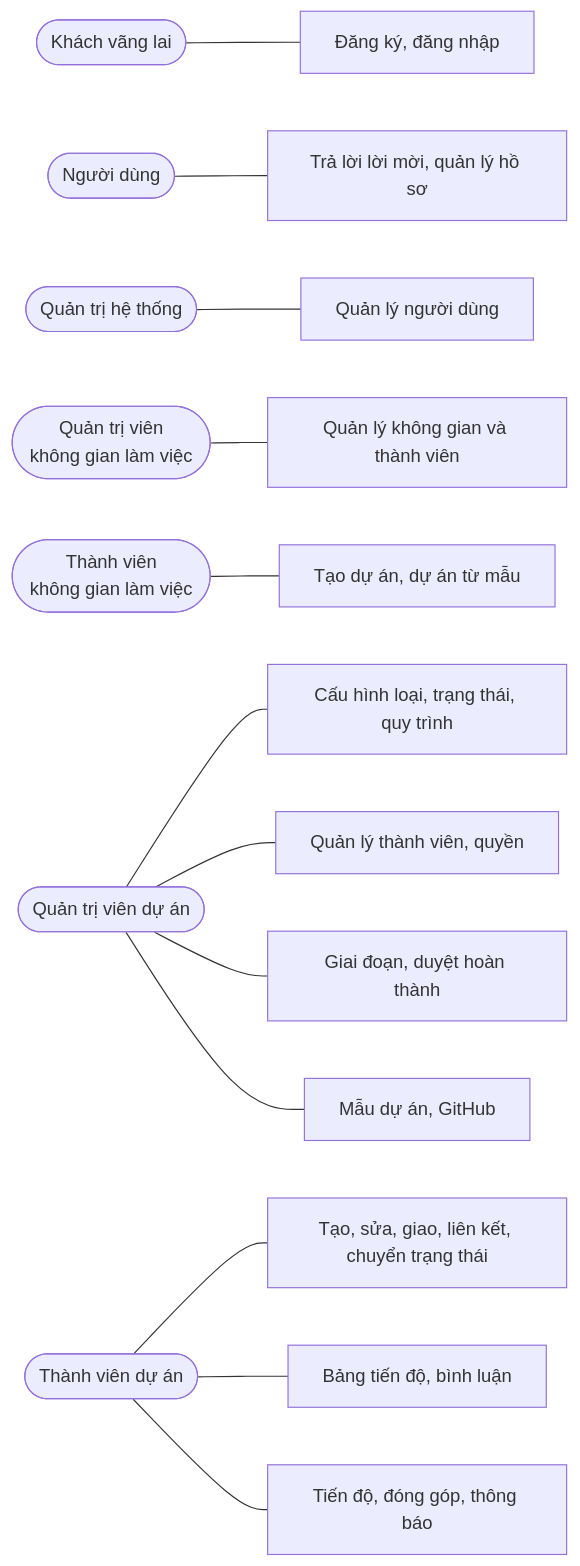
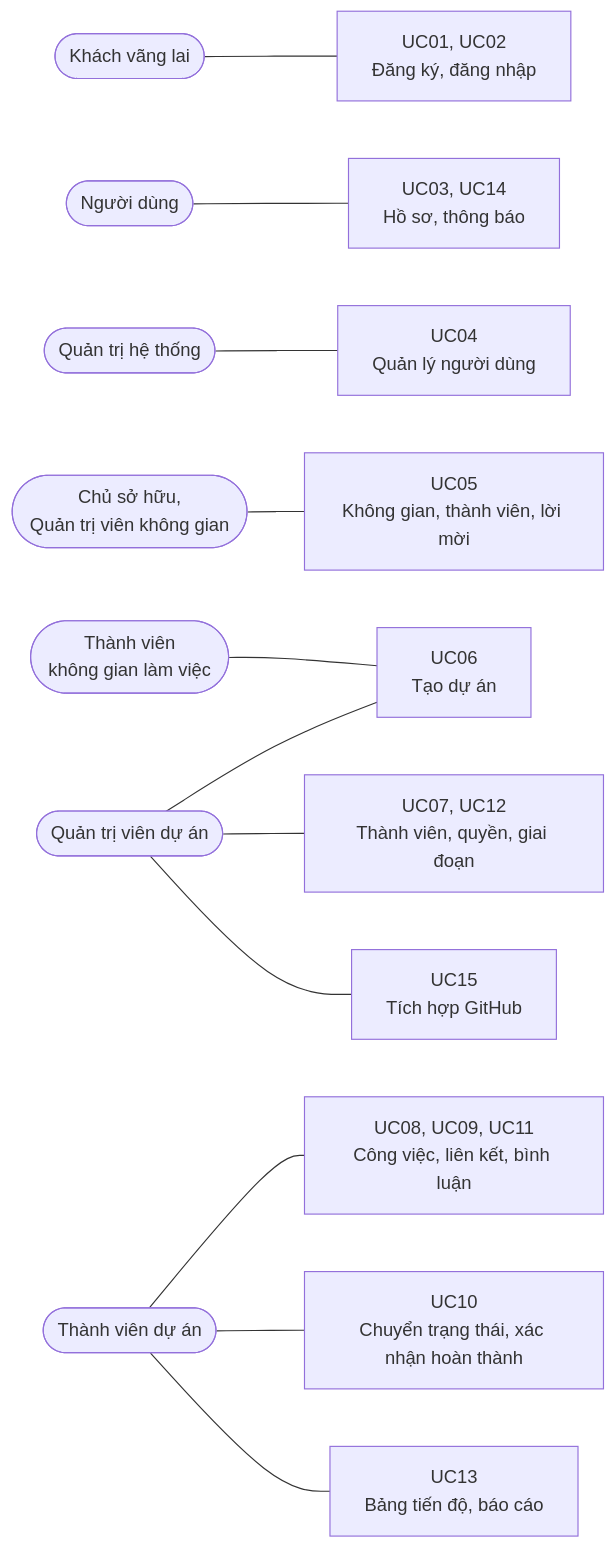
One commit to Hecker-Chuoi/DATN-2026 changed the first of 16 diagrams in docs/report/main/04_CHUONG_3_DAC_TA_PHAN_TICH_THIET_KE.md. Above: the diagram before and after it, drawn with Mermaid. The commit also changed other lines of this file and 2 other files, not shown here.

````diff
--- a/docs/report/main/04_CHUONG_3_DAC_TA_PHAN_TICH_THIET_KE.md
+++ b/docs/report/main/04_CHUONG_3_DAC_TA_PHAN_TICH_THIET_KE.md
@@ -121,15 +111,14 @@
 ```mermaid
 flowchart LR
-    KV(["Khách vãng lai"]) --- UC1["Đăng ký, đăng nhập"]
-    ND(["Người dùng"]) --- UC2["Trả lời lời mời, quản lý hồ sơ"]
-    QTHT(["Quản trị hệ thống"]) --- UC3["Quản lý người dùng"]
-    QTKG(["Quản trị viên<br/>không gian làm việc"]) --- UC4["Quản lý không gian và thành viên"]
-    TVKG(["Thành viên<br/>không gian làm việc"]) --- UC5["Tạo dự án, dự án từ mẫu"]
-    QTDA(["Quản trị viên dự án"]) --- UC6["Cấu hình loại, trạng thái, quy trình"]
-    QTDA --- UC7["Quản lý thành viên, quyền"]
-    QTDA --- UC8["Giai đoạn, duyệt hoàn thành"]
-    QTDA --- UC9["Mẫu dự án, GitHub"]
-    TVDA(["Thành viên dự án"]) --- UC10["Tạo, sửa, giao, liên kết, chuyển trạng thái"]
-    TVDA --- UC11["Bảng tiến độ, bình luận"]
-    TVDA --- UC12["Tiến độ, đóng góp, thông báo"]
+    KV(["Khách vãng lai"]) --- UC1["UC01, UC02<br/>Đăng ký, đăng nhập"]
+    ND(["Người dùng"]) --- UC2["UC03, UC14<br/>Hồ sơ, thông báo"]
+    QTHT(["Quản trị hệ thống"]) --- UC3["UC04<br/>Quản lý người dùng"]
+    QTKG(["Chủ sở hữu,<br/>Quản trị viên không gian"]) --- UC4["UC05<br/>Không gian, thành viên, lời mời"]
+    TVKG(["Thành viên<br/>không gian làm việc"]) --- UC5["UC06<br/>Tạo dự án"]
+    QTDA(["Quản trị viên dự án"]) --- UC5
+    QTDA --- UC6["UC07, UC12<br/>Thành viên, quyền, giai đoạn"]
+    QTDA --- UC7["UC15<br/>Tích hợp GitHub"]
+    TVDA(["Thành viên dự án"]) --- UC8["UC08, UC09, UC11<br/>Công việc, liên kết, bình luận"]
+    TVDA --- UC9["UC10<br/>Chuyển trạng thái, xác nhận hoàn thành"]
+    TVDA --- UC10["UC13<br/>Bảng tiến độ, báo cáo"]
 ```
````
